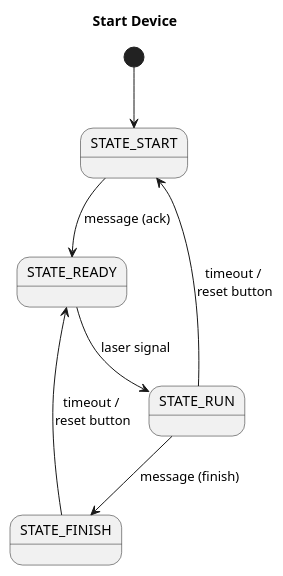
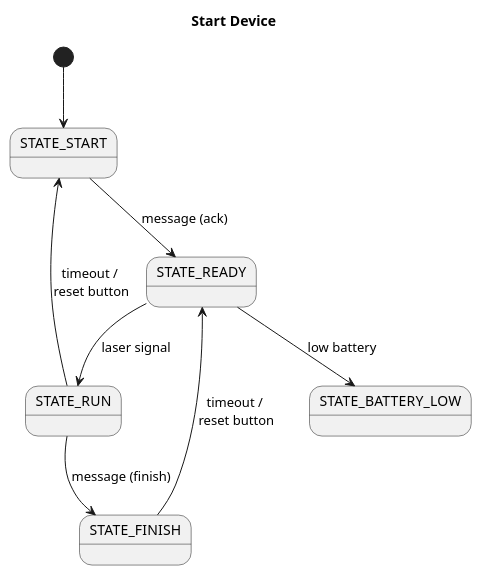
The diagram in doc/plantuml/10_state_diagram_start.plantuml (bardolf/fatrug2), drawn with PlantUML before and after one commit. The commit also changed 9 other files, not shown here.

```diff
--- a/doc/plantuml/10_state_diagram_start.plantuml
+++ b/doc/plantuml/10_state_diagram_start.plantuml
@@ -1,16 +1,18 @@
 @startuml
 
 title Start Device
 
 state "STATE_START" as start
+state "STATE_BATTERY_LOW" as battery
 state "STATE_READY" as ready
 state "STATE_RUN" as run
 state "STATE_FINISH" as finish
 
 [*] --> start
 start --> ready : message (ack)
 ready --> run : laser signal
+ready --> battery : low battery
 run --> start : timeout / \nreset button
 run --> finish : message (finish)
 finish --> ready : timeout / \nreset button
 @enduml
```
